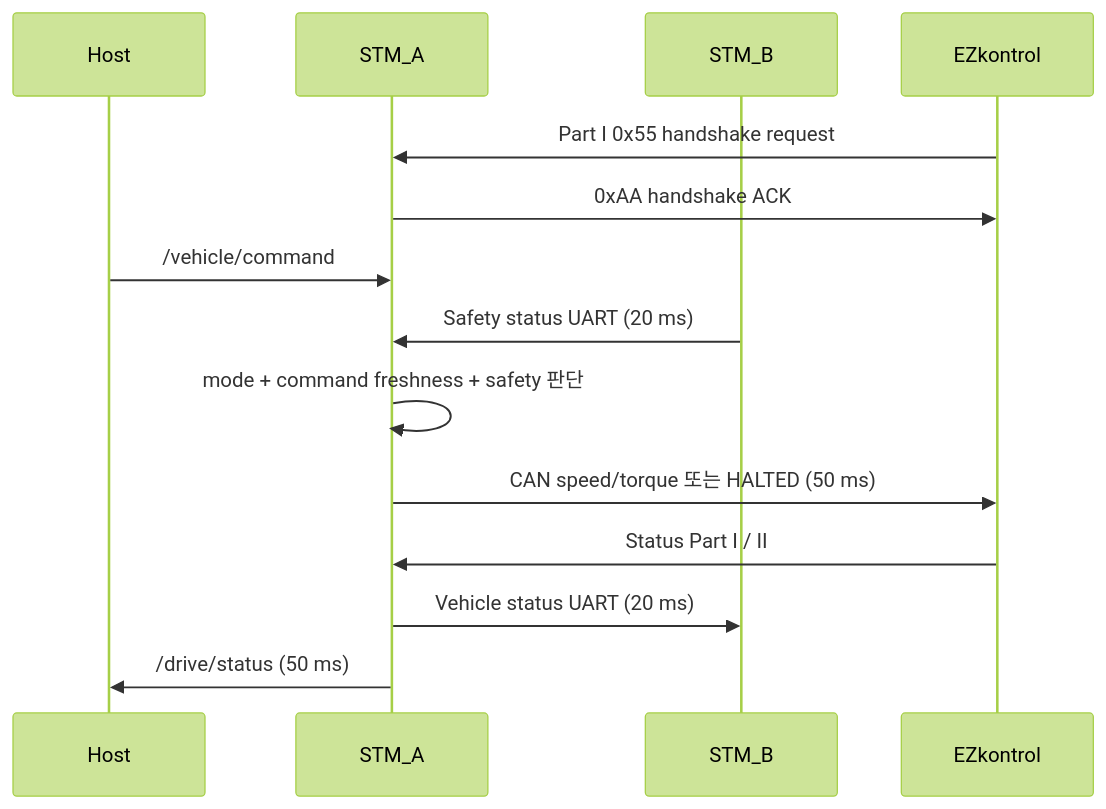
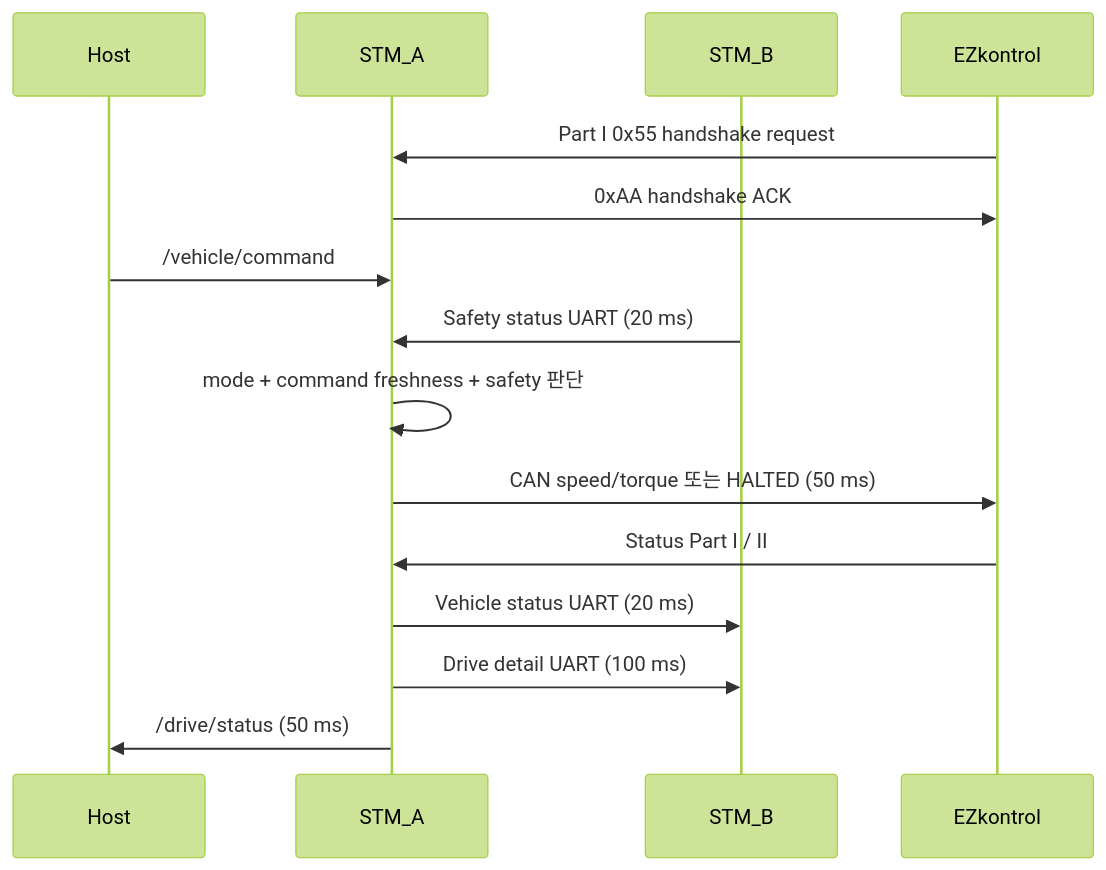
One commit to shinjuyeop/Control changed the diagram in firmware/STM_A/README.md. Above: the diagram before and after it, drawn with Mermaid (forest theme). The commit also changed other lines of this file and 23 other files, not shown here.

````diff
--- a/firmware/STM_A/README.md
+++ b/firmware/STM_A/README.md
@@ -202,17 +204,18 @@
 ```mermaid
 sequenceDiagram
     participant Host
     participant A as STM_A
     participant B as STM_B
     participant Motor as EZkontrol
 
     Motor->>A: Part I 0x55 handshake request
     A->>Motor: 0xAA handshake ACK
     Host->>A: /vehicle/command
     B->>A: Safety status UART (20 ms)
     A->>A: mode + command freshness + safety 판단
     A->>Motor: CAN speed/torque 또는 HALTED (50 ms)
     Motor->>A: Status Part I / II
     A->>B: Vehicle status UART (20 ms)
+    A->>B: Drive detail UART (100 ms)
     A->>Host: /drive/status (50 ms)
 ```
````
